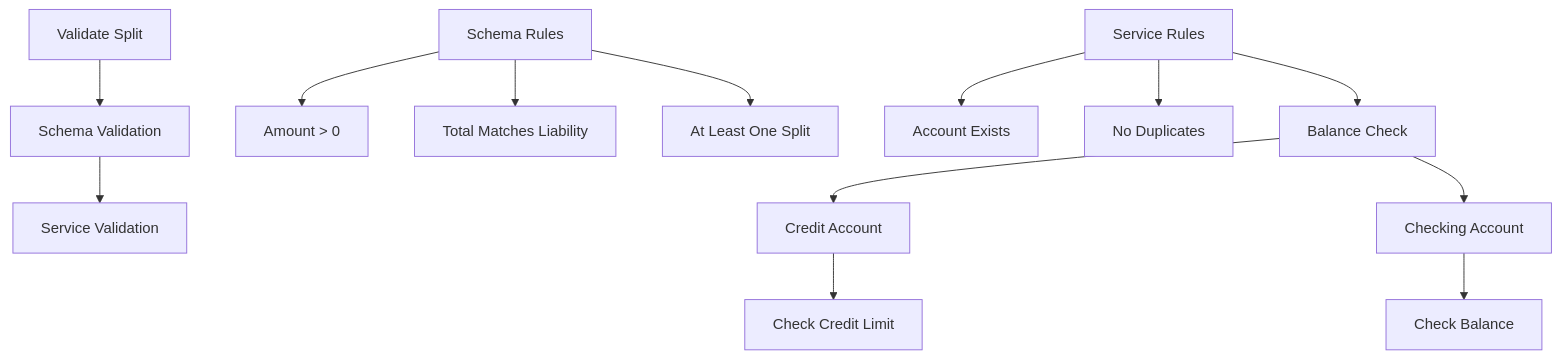
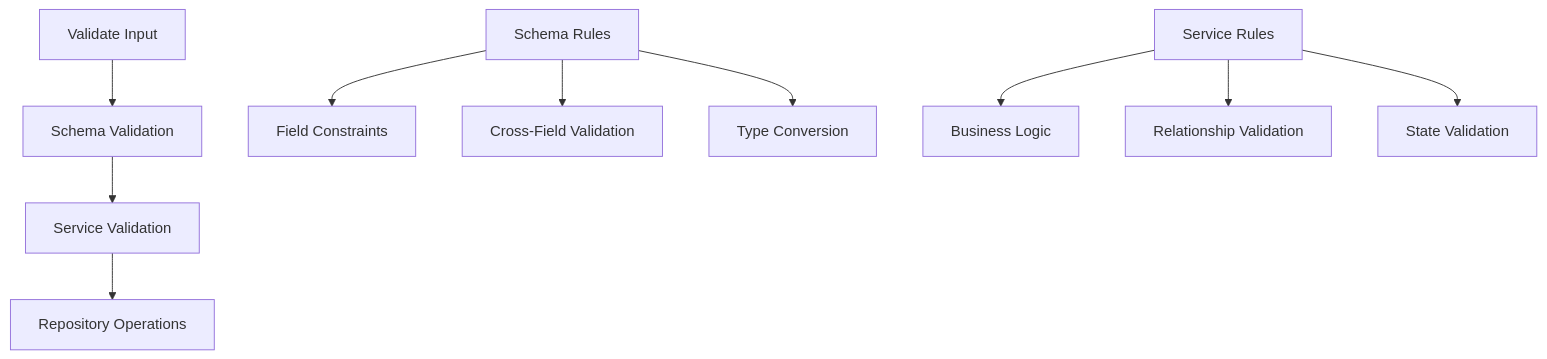
The third of 4 diagrams in docs/system_patterns.md (AstroMined/debtonator), drawn with Mermaid before and after one commit. The commit also changed other lines of this file and 14 other files, not shown here.

First line of the commit message:
Refactor repository validation strategy and tests (v0.5.6)

````diff
--- a/docs/system_patterns.md
+++ b/docs/system_patterns.md
@@ -182,19 +63,14 @@
 ```mermaid
 graph TD
-    A[Validate Split] --> B[Schema Validation]
+    A[Validate Input] --> B[Schema Validation]
     B --> C[Service Validation]
+    C --> D[Repository Operations]
     
-    B1[Schema Rules] --> B2[Amount > 0]
-    B1 --> B3[Total Matches Liability]
-    B1 --> B4[At Least One Split]
+    B1[Schema Rules] --> B2[Field Constraints]
+    B1 --> B3[Cross-Field Validation]
+    B1 --> B4[Type Conversion]
     
-    C1[Service Rules] --> C2[Account Exists]
-    C1 --> C3[No Duplicates]
-    C1 --> C4[Balance Check]
-    
-    C4 --> C5[Credit Account]
-    C4 --> C6[Checking Account]
-    
-    C5 --> C7[Check Credit Limit]
-    C6 --> C8[Check Balance]
+    C1[Service Rules] --> C2[Business Logic]
+    C1 --> C3[Relationship Validation]
+    C1 --> C4[State Validation]
 ```
````
